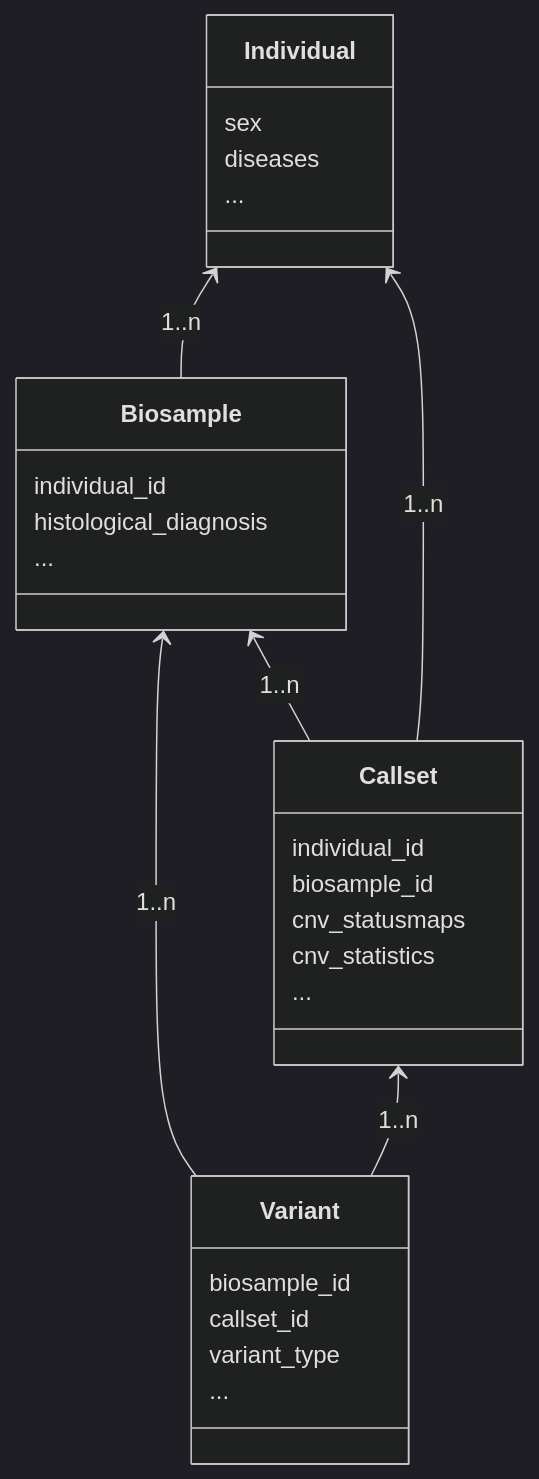
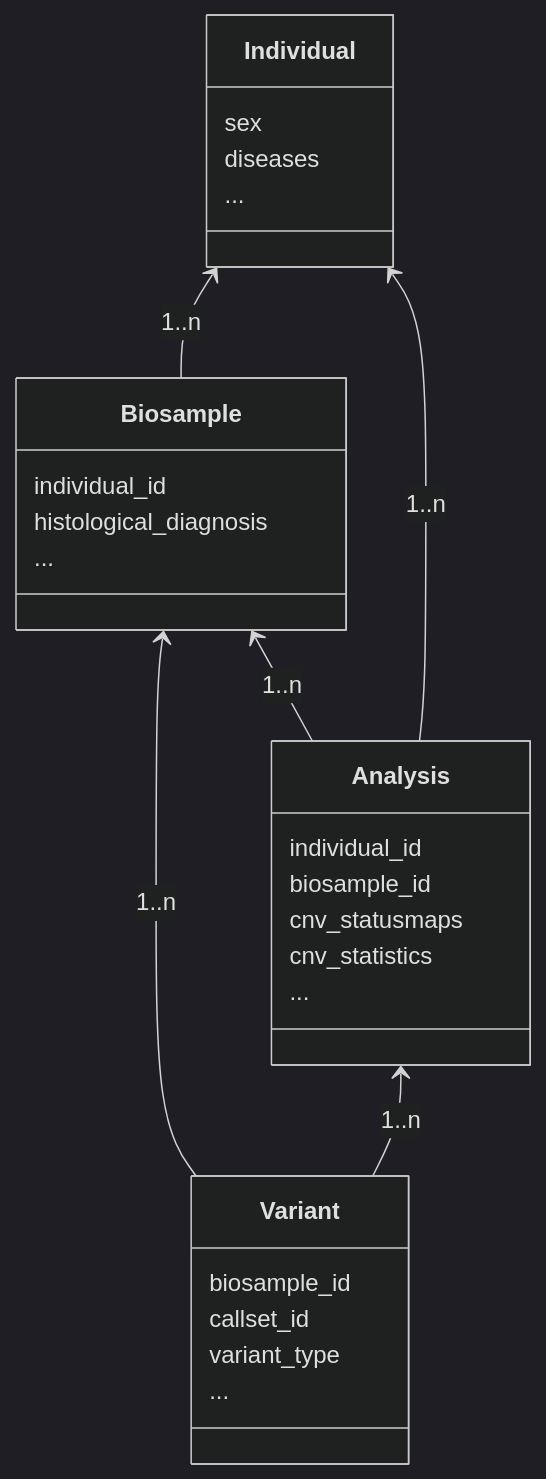
The first of 2 diagrams in docs/technical-notes.md (progenetix/progenetix-web), drawn with Mermaid (dark theme) before and after one commit. The commit also changed other lines of this file and 40 other files, not shown here.

````diff
--- a/docs/technical-notes.md
+++ b/docs/technical-notes.md
@@ -108,34 +108,34 @@
 ```mermaid
 classDiagram
 
     Individual <-- Biosample : 1..n
-    Biosample <-- Callset : 1..n
-    Individual <-- Callset : 1..n
+    Biosample <-- Analysis : 1..n
+    Individual <-- Analysis : 1..n
     Biosample <-- Variant : 1..n
-    Callset <-- Variant : 1..n
+    Analysis <-- Variant : 1..n
 
     class Biosample{
         individual_id
         histological_diagnosis
         ...
     }
     class Individual{
         sex
         diseases
         ...
     }
-    class Callset{
+    class Analysis{
         individual_id
         biosample_id
         cnv_statusmaps
         cnv_statistics
         ...
         }
     class Variant{
         biosample_id
         callset_id
         variant_type
         ...
     }
 
 ```
````
